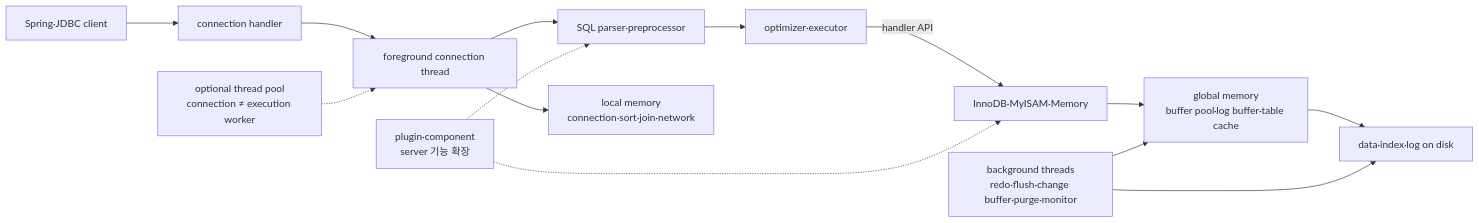
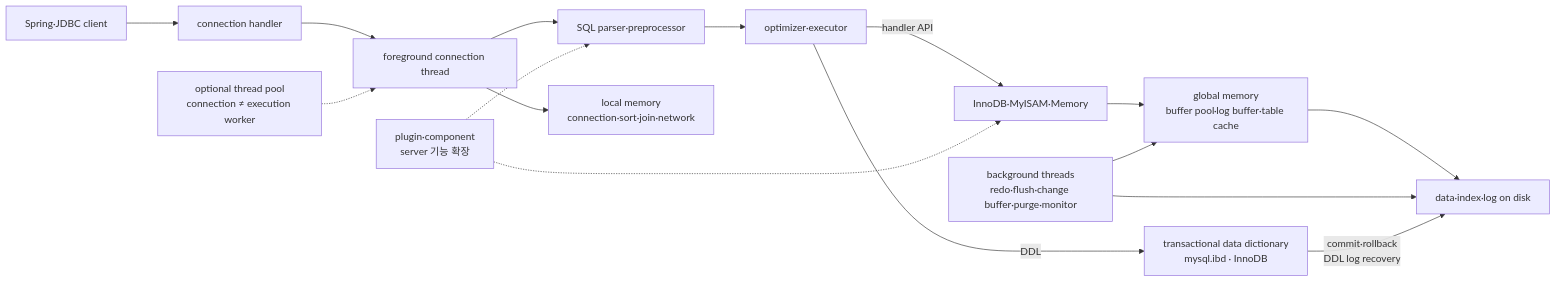
The first of 13 diagrams in 06-sources/reading-notes/real-mysql-8-0-1/04-아키텍쳐/4.1 MySQL 엔진 아키텍쳐.md (Hoya324/study-cs-obsidian), drawn with Mermaid before and after one commit. The commit also changed other lines of this file and 2 other files, not shown here.

Commit message:
study: complete MySQL engine architecture metadata section

````diff
--- a/06-sources/reading-notes/real-mysql-8-0-1/04-아키텍쳐/4.1 MySQL 엔진 아키텍쳐.md
+++ b/06-sources/reading-notes/real-mysql-8-0-1/04-아키텍쳐/4.1 MySQL 엔진 아키텍쳐.md
@@ -57,16 +57,18 @@
 ```mermaid
 flowchart LR
     A["Spring·JDBC client"] --> B["connection handler"]
     B --> C["foreground connection thread"]
     C --> D["SQL parser·preprocessor"]
     D --> E["optimizer·executor"]
     E -->|"handler API"| F["InnoDB·MyISAM·Memory"]
+    E -->|"DDL"| DD["transactional data dictionary<br/>mysql.ibd · InnoDB"]
     P["plugin·component<br/>server 기능 확장"] -.-> D
     P -.-> F
     C --> L["local memory<br/>connection·sort·join·network"]
     F --> G["global memory<br/>buffer pool·log buffer·table cache"]
     G --> H["data·index·log on disk"]
     I["background threads<br/>redo·flush·change buffer·purge·monitor"] --> G
     I --> H
+    DD -->|"commit·rollback<br/>DDL log recovery"| H
     TP["optional thread pool<br/>connection ≠ execution worker"] -.-> C
 ```
````
